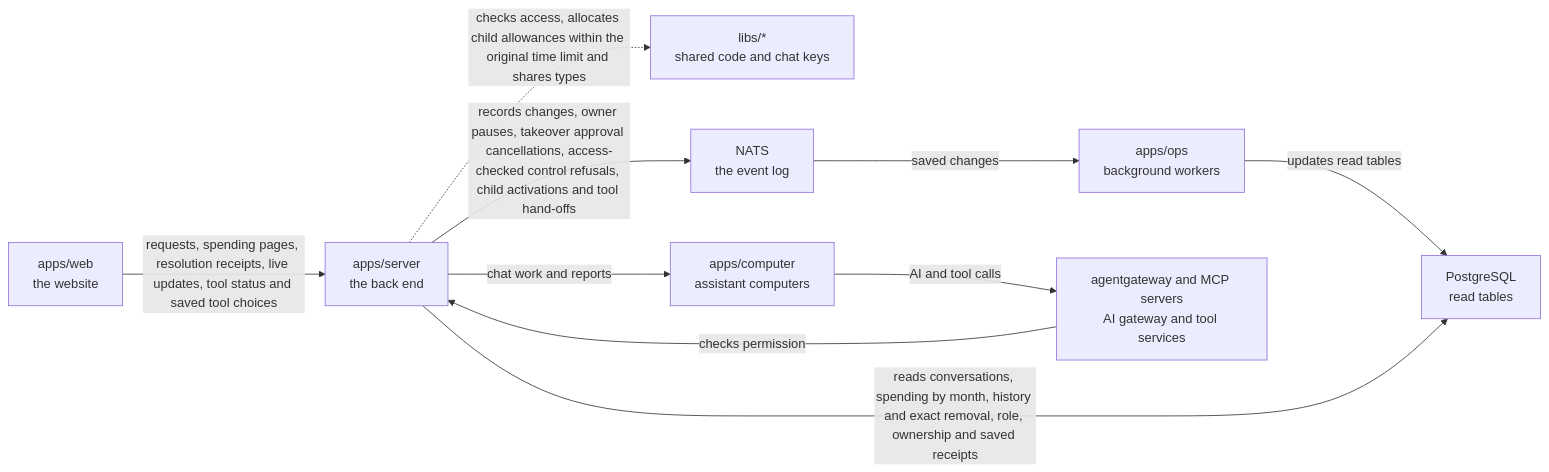
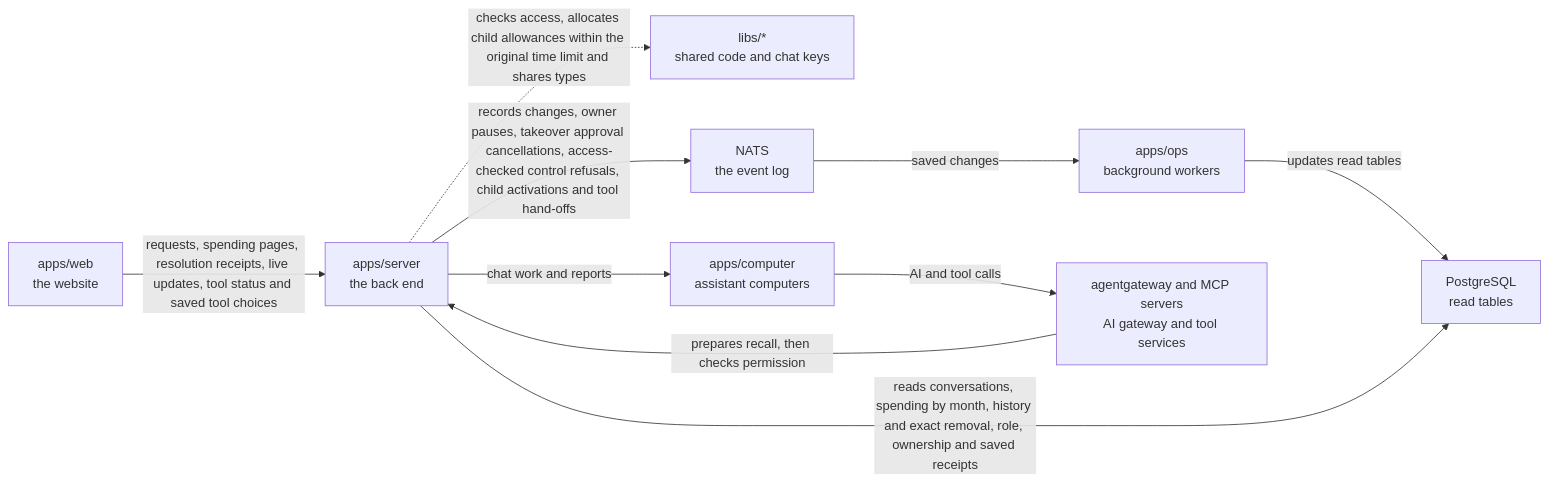
Before and after one commit to elewa-git/opencrane-new: the diagram in apps/server/README.md, drawn with Mermaid. The commit also changed other lines of this file and 16 other files, not shown here.

````diff
--- a/apps/server/README.md
+++ b/apps/server/README.md
@@ -44,12 +48,12 @@
 ```mermaid
 flowchart LR
   web["apps/web<br/>the website"] -->|requests, spending pages, resolution receipts, live updates, tool status and saved tool choices| server["apps/server<br/>the back end"]
   server -.->|checks access, allocates child allowances within the original time limit and shares types| libs["libs/*<br/>shared code and chat keys"]
   server -->|records changes, owner pauses, takeover approval cancellations, access-checked control refusals, child activations and tool hand-offs| nats["NATS<br/>the event log"]
   nats -->|saved changes| ops["apps/ops<br/>background workers"]
   ops -->|updates read tables| postgres["PostgreSQL<br/>read tables"]
   server -->|reads conversations, spending by month, history and exact removal, role, ownership and saved receipts| postgres
   server -->|chat work and reports| computer["apps/computer<br/>assistant computers"]
   computer -->|AI and tool calls| runtime["agentgateway and MCP servers<br/>AI gateway and tool services"]
-  runtime -->|checks permission| server
+  runtime -->|prepares recall, then checks permission| server
 ```
````
